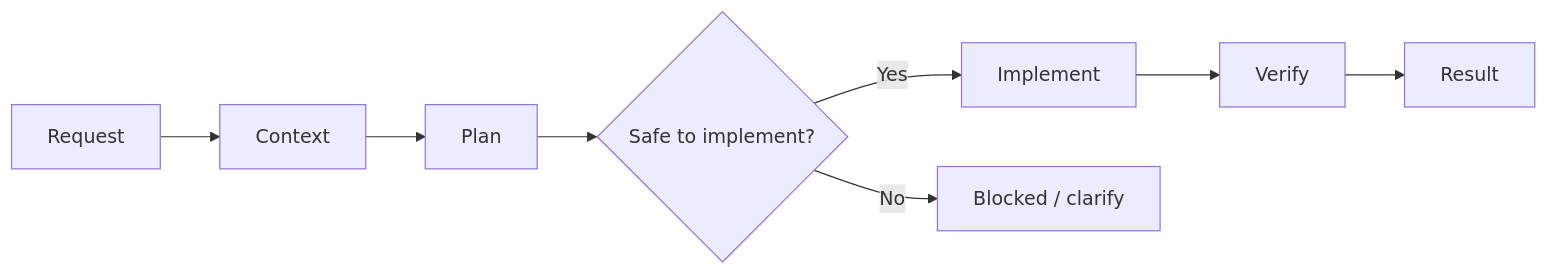
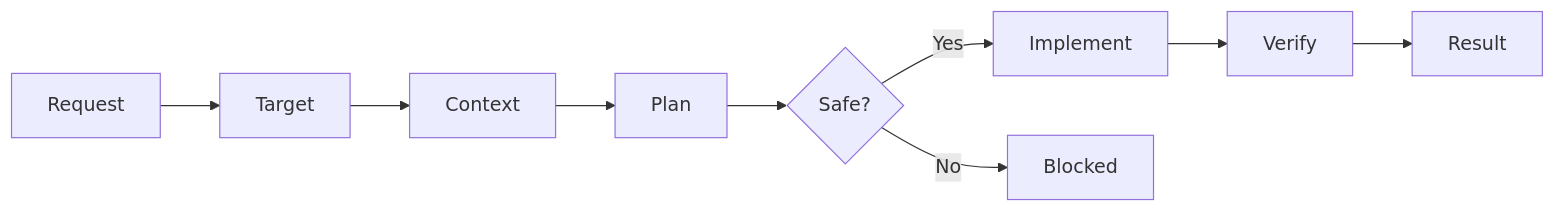
The diagram in README.md (hesam-hakimi/usefull_prompt), drawn with Mermaid before and after one commit. The commit also changed other lines of this file and 25 other files, not shown here.

````diff
--- a/README.md
+++ b/README.md
@@ -14,10 +15,11 @@
 ```mermaid
 flowchart LR
-    A["Request"] --> B["Context"]
-    B --> C["Plan"]
-    C --> D{"Safe to implement?"}
-    D -->|Yes| E["Implement"]
-    D -->|No| X["Blocked / clarify"]
-    E --> F["Verify"]
-    F --> G["Result"]
+    A["Request"] --> B["Target"]
+    B --> C["Context"]
+    C --> D["Plan"]
+    D --> E{"Safe?"}
+    E -->|Yes| F["Implement"]
+    E -->|No| X["Blocked"]
+    F --> G["Verify"]
+    G --> H["Result"]
 ```
````
